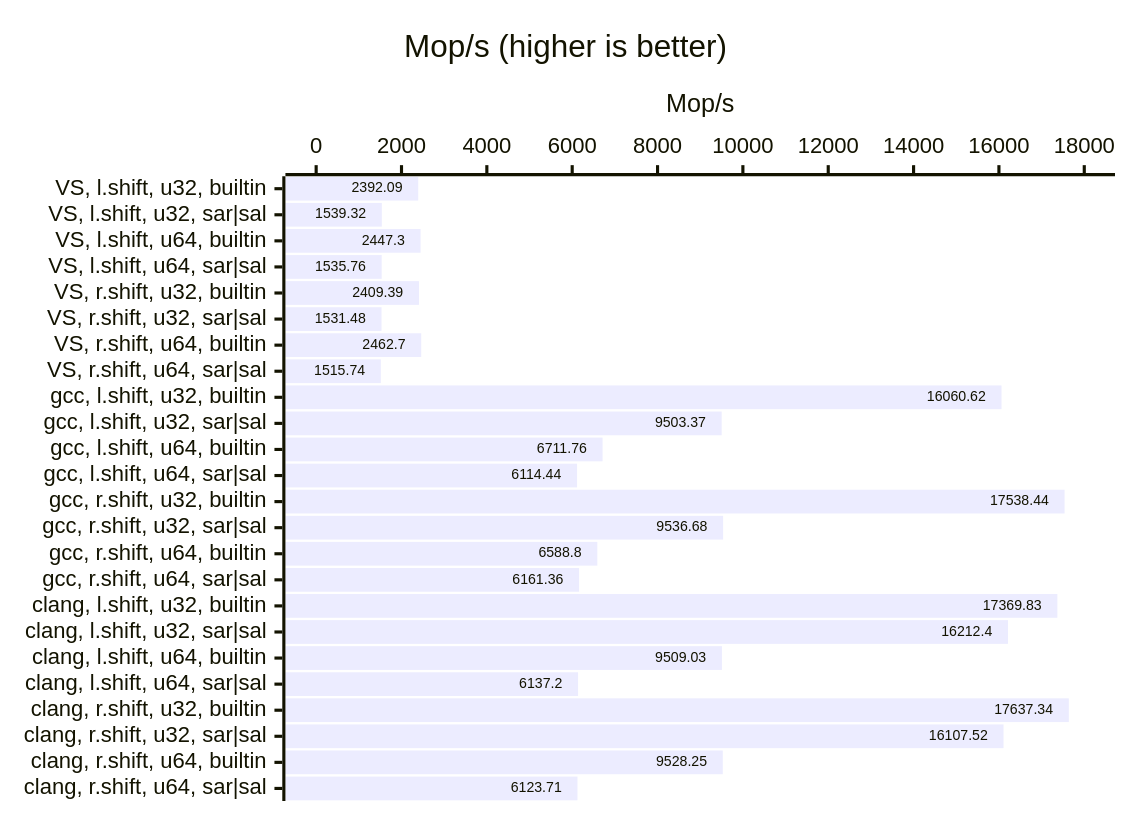
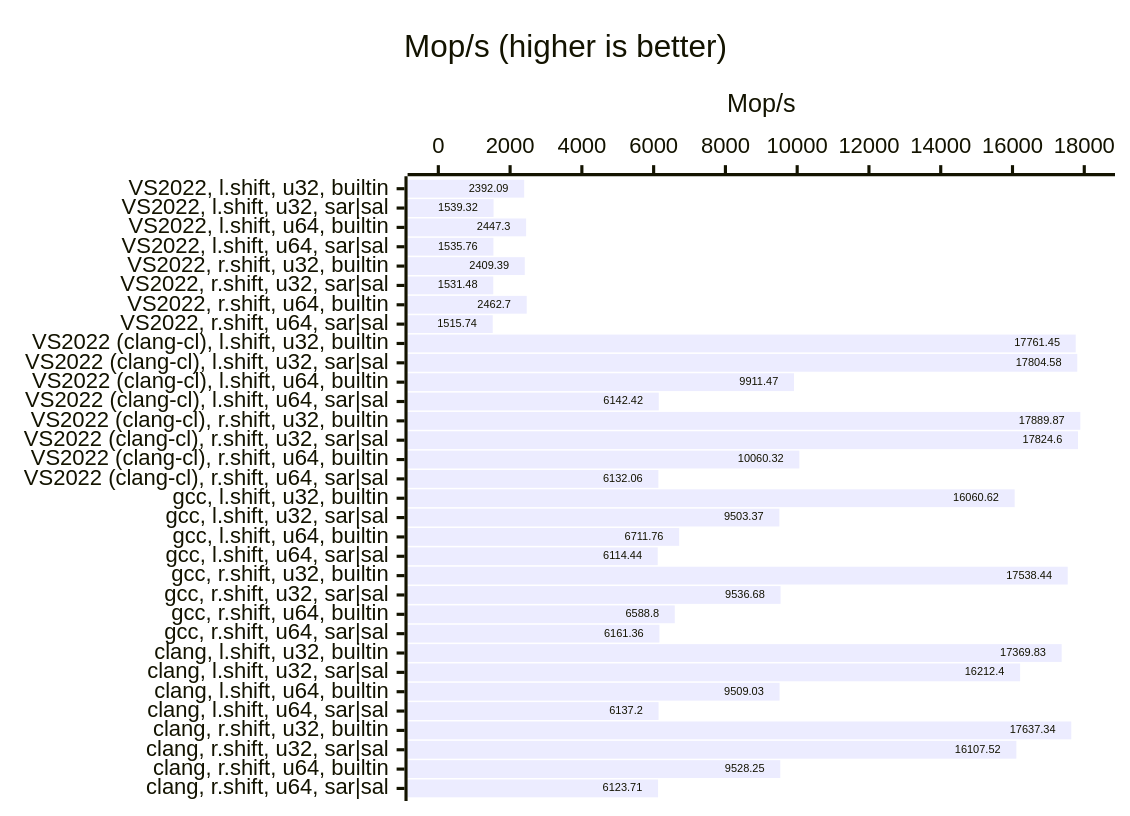
One commit to ttldtor/bits changed the first of 2 diagrams in README.md. Above: the diagram before and after it, drawn with Mermaid. The commit also changed other lines of this file and 2 other files, not shown here.

Commit message:
Add `VS 2022 (clang-cl)` bench results.

````diff
--- a/README.md
+++ b/README.md
@@ -130,15 +152,15 @@
 ```mermaid
 ---
 config:
     xyChart:
         showDataLabel: true
     yAxis:
         showLabel: false
         showAxisLine: false
 ---
 xychart horizontal
     title "Mop/s (higher is better)"
     y-axis "Mop/s" 0 --> 18000
-    x-axis ["VS, l.shift, u32, builtin", "VS, l.shift, u32, sar|sal", "VS, l.shift, u64, builtin", "VS, l.shift, u64, sar|sal", "VS, r.shift, u32, builtin", "VS, r.shift, u32, sar|sal", "VS, r.shift, u64, builtin", "VS, r.shift, u64, sar|sal", "gcc, l.shift, u32, builtin", "gcc, l.shift, u32, sar|sal", "gcc, l.shift, u64, builtin", "gcc, l.shift, u64, sar|sal", "gcc, r.shift, u32, builtin", "gcc, r.shift, u32, sar|sal", "gcc, r.shift, u64, builtin", "gcc, r.shift, u64, sar|sal", "clang, l.shift, u32, builtin", "clang, l.shift, u32, sar|sal", "clang, l.shift, u64, builtin", "clang, l.shift, u64, sar|sal", "clang, r.shift, u32, builtin", "clang, r.shift, u32, sar|sal", "clang, r.shift, u64, builtin", "clang, r.shift, u64, sar|sal"]
-    bar [2392.09, 1539.32, 2447.3, 1535.76, 2409.39, 1531.48, 2462.7, 1515.74, 16060.62, 9503.37, 6711.76, 6114.44, 17538.44, 9536.68, 6588.8, 6161.36, 17369.83, 16212.4, 9509.03, 6137.2, 17637.34, 16107.52, 9528.25, 6123.71]
+    x-axis ["VS2022, l.shift, u32, builtin", "VS2022, l.shift, u32, sar|sal", "VS2022, l.shift, u64, builtin", "VS2022, l.shift, u64, sar|sal", "VS2022, r.shift, u32, builtin", "VS2022, r.shift, u32, sar|sal", "VS2022, r.shift, u64, builtin", "VS2022, r.shift, u64, sar|sal", "VS2022 (clang-cl), l.shift, u32, builtin", "VS2022 (clang-cl), l.shift, u32, sar|sal", "VS2022 (clang-cl), l.shift, u64, builtin", "VS2022 (clang-cl), l.shift, u64, sar|sal", "VS2022 (clang-cl), r.shift, u32, builtin", "VS2022 (clang-cl), r.shift, u32, sar|sal", "VS2022 (clang-cl), r.shift, u64, builtin", "VS2022 (clang-cl), r.shift, u64, sar|sal", "gcc, l.shift, u32, builtin", "gcc, l.shift, u32, sar|sal", "gcc, l.shift, u64, builtin", "gcc, l.shift, u64, sar|sal", "gcc, r.shift, u32, builtin", "gcc, r.shift, u32, sar|sal", "gcc, r.shift, u64, builtin", "gcc, r.shift, u64, sar|sal", "clang, l.shift, u32, builtin", "clang, l.shift, u32, sar|sal", "clang, l.shift, u64, builtin", "clang, l.shift, u64, sar|sal", "clang, r.shift, u32, builtin", "clang, r.shift, u32, sar|sal", "clang, r.shift, u64, builtin", "clang, r.shift, u64, sar|sal"]
+    bar [2392.09, 1539.32, 2447.3, 1535.76, 2409.39, 1531.48, 2462.7, 1515.74, 17761.45, 17804.58, 9911.47, 6142.42, 17889.87, 17824.6, 10060.32, 6132.06, 16060.62, 9503.37, 6711.76, 6114.44, 17538.44, 9536.68, 6588.8, 6161.36, 17369.83, 16212.4, 9509.03, 6137.2, 17637.34, 16107.52, 9528.25, 6123.71]
 ```
````
